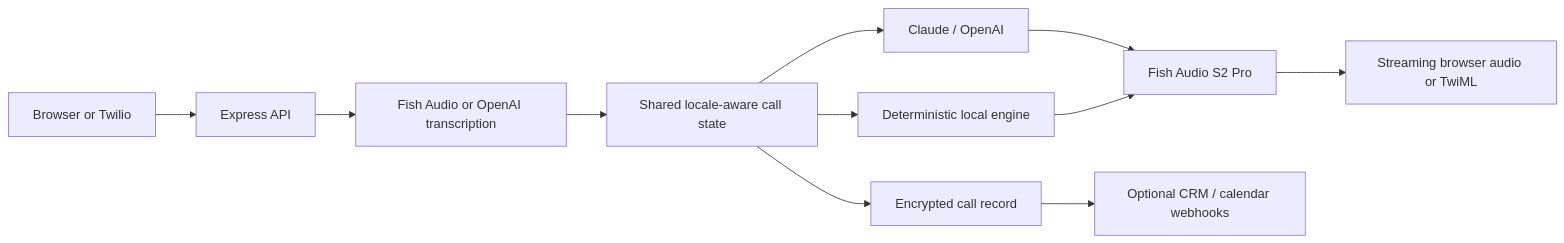
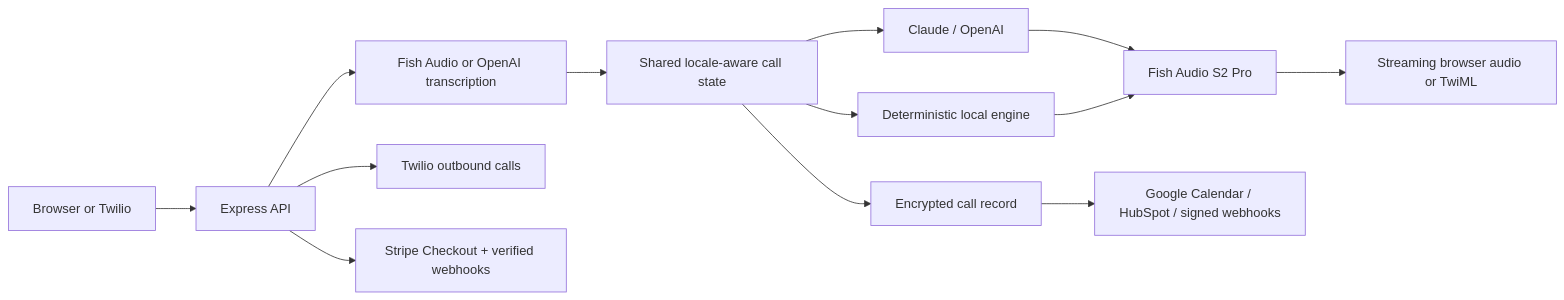
One commit to moriana55/voice-agent-template changed the diagram in README.md. Above: the diagram before and after it, drawn with Mermaid. The commit also changed other lines of this file and 45 other files, not shown here.

````diff
--- a/README.md
+++ b/README.md
@@ -36,13 +37,15 @@
 ```mermaid
 flowchart LR
     A[Browser or Twilio] --> B[Express API]
     B --> C[Fish Audio or OpenAI transcription]
     C --> D[Shared locale-aware call state]
     D --> E[Claude / OpenAI]
     D --> F[Deterministic local engine]
     E --> G[Fish Audio S2 Pro]
     F --> G
     G --> H[Streaming browser audio or TwiML]
     D --> I[Encrypted call record]
-    I --> J[Optional CRM / calendar webhooks]
+    I --> J[Google Calendar / HubSpot / signed webhooks]
+    B --> K[Twilio outbound calls]
+    B --> L[Stripe Checkout + verified webhooks]
 ```
````
